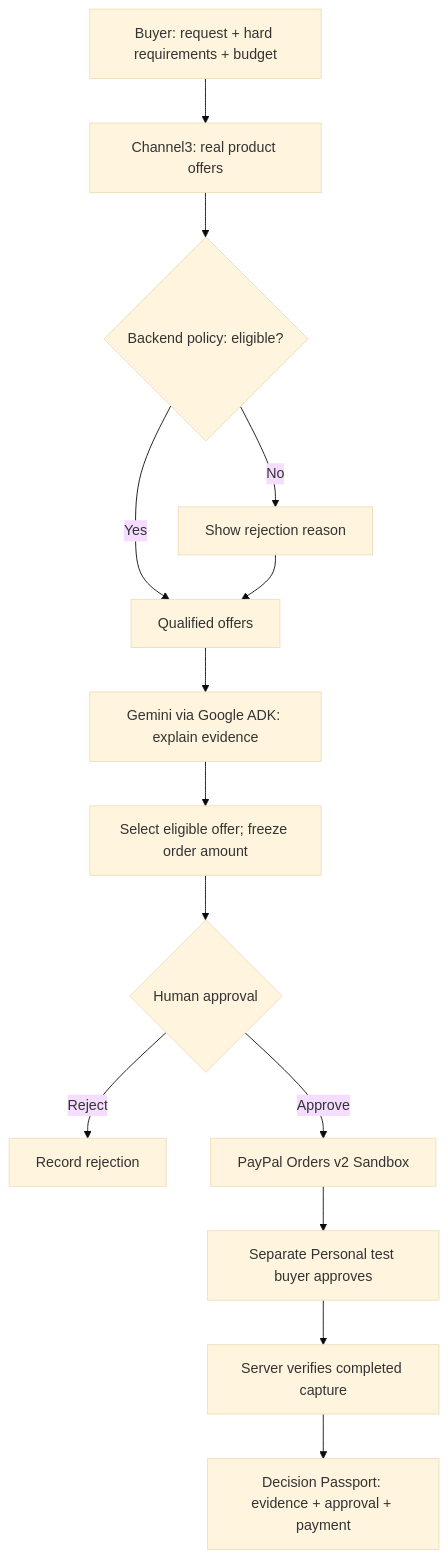
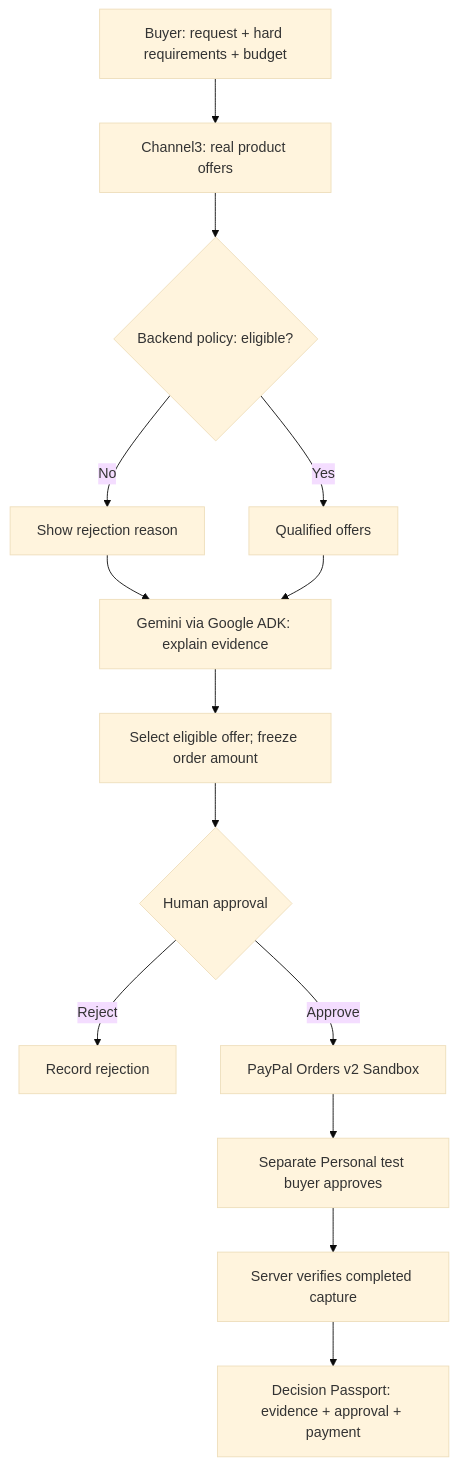
One commit to PerezChris99/ProcurePilot-AI changed the first of 2 diagrams in README.md. Above: the diagram before and after it, drawn with Mermaid (base theme).

Commit message:
docs(readme): clarify rejected offers remain non-orderable
Draw blocked listings as preserved explanation evidence, not an input into the eligible-offer branch. Preserve the distinction between hard policy eligibility and Gemini analysis.

```diff
--- a/README.md
+++ b/README.md
@@ -19,16 +19,16 @@
 ~~~mermaid
 flowchart TD
     A["Buyer: request + hard requirements + budget"] --> B["Channel3: real product offers"]
     B --> C{"Backend policy: eligible?"}
     C -->|No| D["Show rejection reason"]
     C -->|Yes| E["Qualified offers"]
-    D --> E
+    D --> F
     E --> F["Gemini via Google ADK: explain evidence"]
     F --> G["Select eligible offer; freeze order amount"]
     G --> H{"Human approval"}
     H -->|Reject| R["Record rejection"]
     H -->|Approve| I["PayPal Orders v2 Sandbox"]
     I --> J["Separate Personal test buyer approves"]
     J --> K["Server verifies completed capture"]
     K --> L["Decision Passport: evidence + approval + payment"]
 ~~~
```
